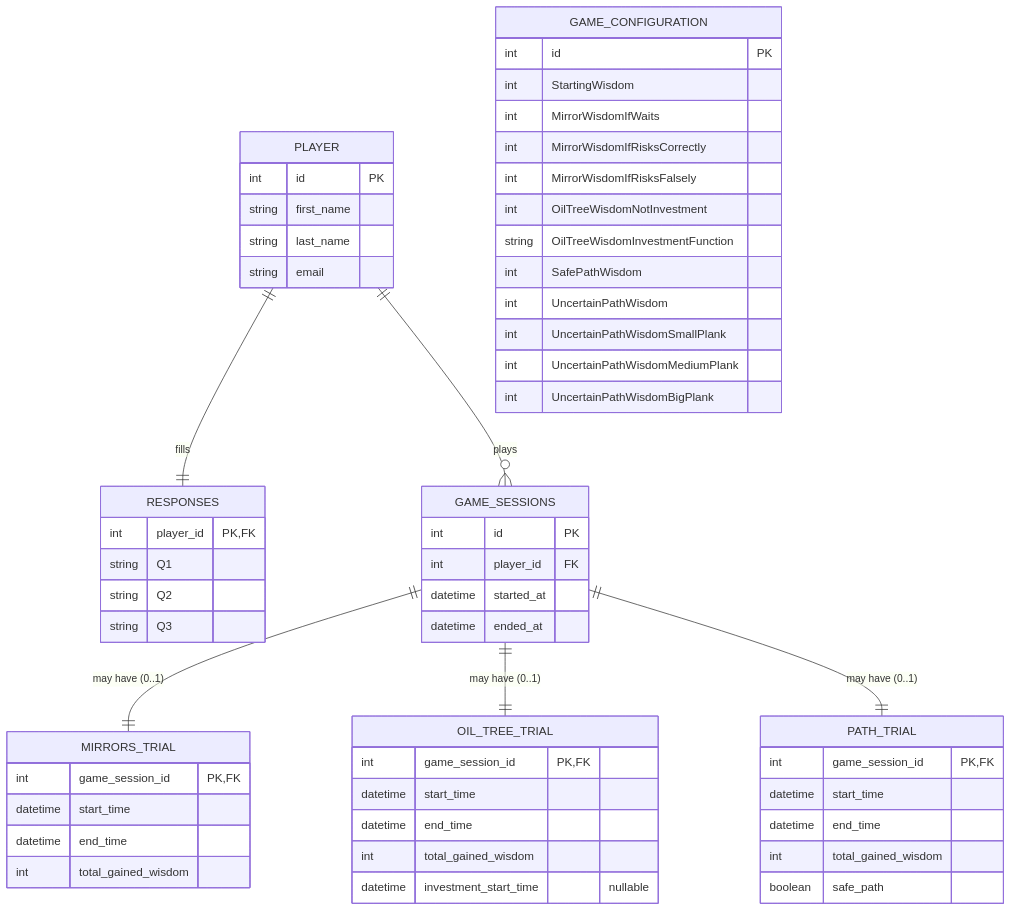
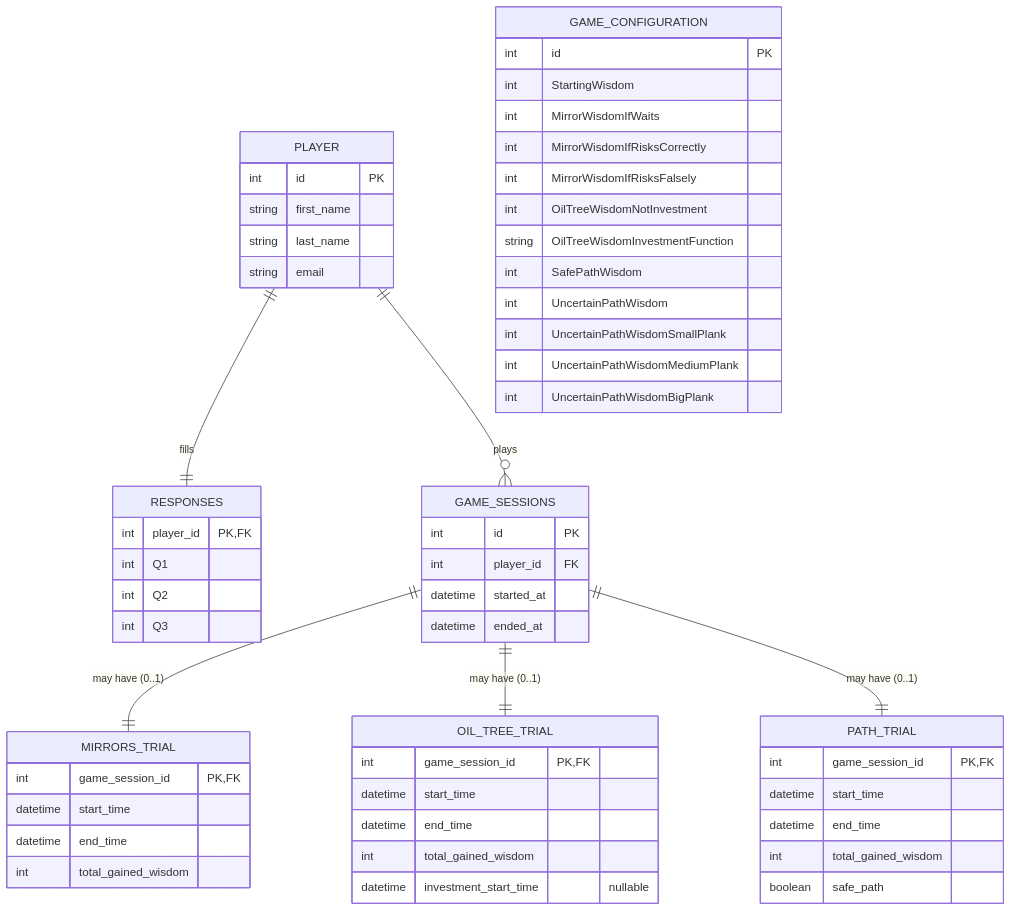
Before and after one commit to dgodolias/AthensSecret_VR-MR_Game: the diagram in docs/relationships.md, drawn with Mermaid. The commit also changed 7 other files, not shown here.

````diff
--- a/docs/relationships.md
+++ b/docs/relationships.md
@@ -3,67 +3,67 @@
 ```mermaid
 erDiagram
   PLAYER {
     int id PK
     string first_name
     string last_name
     string email
   }
 
   RESPONSES {
     int player_id PK, FK
-    string Q1
-    string Q2
-    string Q3
+    int Q1
+    int Q2
+    int Q3
   }
 
   GAME_SESSIONS {
     int id PK
     int player_id FK
     datetime started_at
     datetime ended_at
   }
 
   MIRRORS_TRIAL {
     int game_session_id PK, FK
     datetime start_time
     datetime end_time
     int total_gained_wisdom
   }
 
   OIL_TREE_TRIAL {
     int game_session_id PK, FK
     datetime start_time
     datetime end_time
     int total_gained_wisdom
     datetime investment_start_time "nullable"
   }
 
   PATH_TRIAL {
     int game_session_id PK, FK
     datetime start_time
     datetime end_time
     int total_gained_wisdom
     boolean safe_path
   }
 
   GAME_CONFIGURATION {
     int id PK
     int StartingWisdom
     int MirrorWisdomIfWaits
     int MirrorWisdomIfRisksCorrectly
     int MirrorWisdomIfRisksFalsely
     int OilTreeWisdomNotInvestment
     string OilTreeWisdomInvestmentFunction
     int SafePathWisdom
     int UncertainPathWisdom
     int UncertainPathWisdomSmallPlank
     int UncertainPathWisdomMediumPlank
     int UncertainPathWisdomBigPlank
   }
 
   PLAYER ||--|| RESPONSES : "fills"
   PLAYER ||--o{ GAME_SESSIONS : "plays"
   GAME_SESSIONS ||--|| MIRRORS_TRIAL : "may have (0..1)"
   GAME_SESSIONS ||--|| OIL_TREE_TRIAL : "may have (0..1)"
   GAME_SESSIONS ||--|| PATH_TRIAL : "may have (0..1)"
 ```
````
